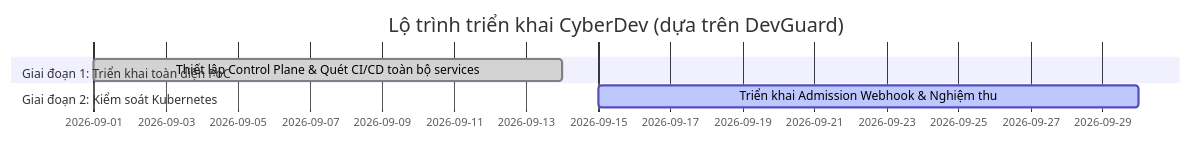
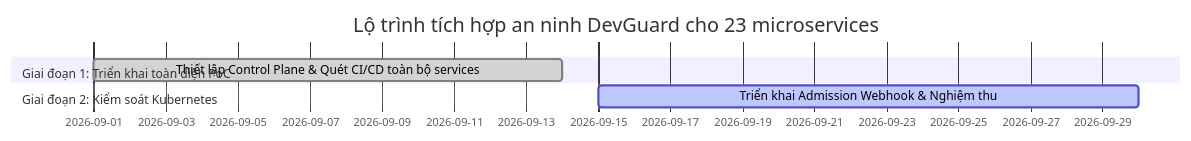
The third of 3 diagrams in docs/CyberDev_Experimental_Feasibility_Report.md (sinhnguyen1411/design-and-implementation-of-automated-supply-chain-security-for-go-microservices-on-kubernetes), drawn with Mermaid before and after one commit. The commit also changed other lines of this file and 12 other files, not shown here.

First line of the commit message:
docs(legal): restore DevGuard upstream attribution, AGPL-3.0 license and clean branding

````diff
--- a/docs/CyberDev_Experimental_Feasibility_Report.md
+++ b/docs/CyberDev_Experimental_Feasibility_Report.md
@@ -1629,9 +1629,9 @@
 ```mermaid
 gantt
-    title Lộ trình triển khai CyberDev (dựa trên DevGuard)
+    title Lộ trình tích hợp an ninh DevGuard cho 23 microservices
     dateFormat  YYYY-MM-DD
     section Giai đoạn 1: Triển khai toàn diện PoC
     Thiết lập Control Plane & Quét CI/CD toàn bộ services :done, p1, 2026-09-01, 2026-09-14
     section Giai đoạn 2: Kiểm soát Kubernetes
     Triển khai Admission Webhook & Nghiệm thu        :active, p2, 2026-09-15, 2026-09-30
 ```
````
